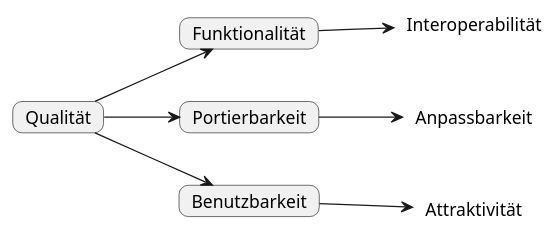
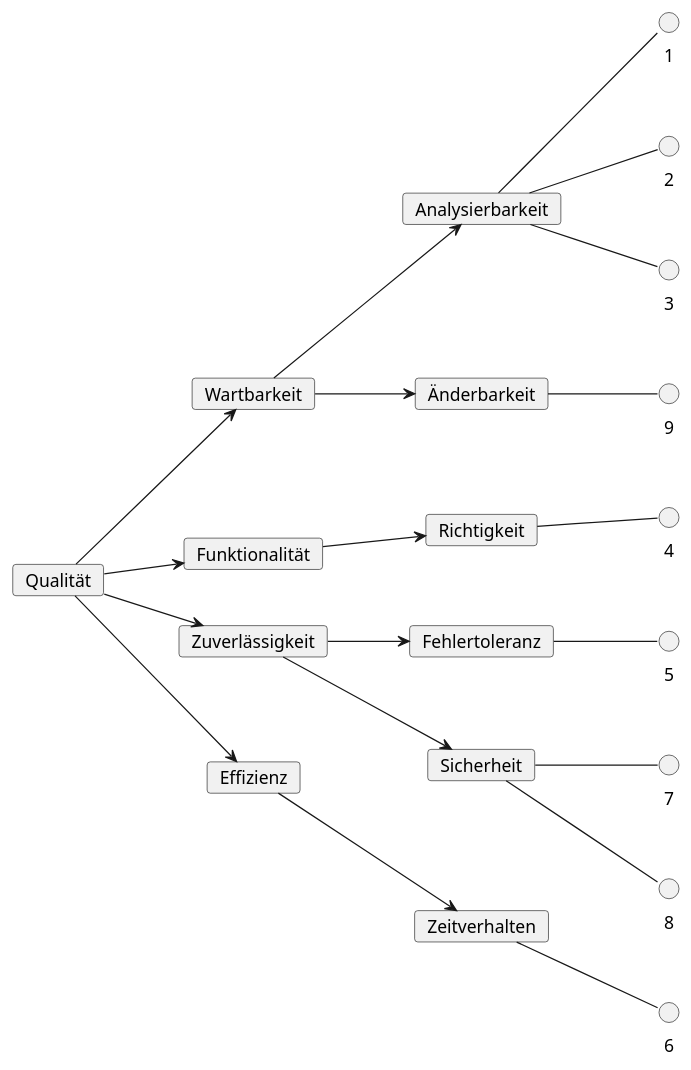
The diagram in src/plantUML/qualitytree.puml (rocko/ost_sisidm_2021_apollo), drawn with PlantUML before and after one commit. The commit also changed other lines of this file and 2 other files, not shown here.

```diff
--- a/src/plantUML/qualitytree.puml
+++ b/src/plantUML/qualitytree.puml
@@ -1,22 +1,41 @@
 @startuml
 left to right direction
-skinparam roundCorner 15
-card Qualität as q
-card Funktionalität as f
-'card Zuverlässigkeit as z
-card Portierbarkeit as p
-card Benutzbarkeit as b
 
-q --> f
-'q --> z
-q --> p
-q --> b
+card Qualität
 
-label Interoperabilität as I
-label Attraktivität as A
-label Anpassbarkeit as AN
-f --> I
-b --> A
-p --> AN
+card Wartbarkeit
+card Analysierbarkeit
+card Änderbarkeit
 
+card Funktionalität
+card Richtigkeit
+
+card Zuverlässigkeit
+card Fehlertoleranz
+card Sicherheit
+
+card Effizienz
+card Zeitverhalten
+
+Qualität --> Wartbarkeit
+Qualität --> Funktionalität
+Qualität --> Zuverlässigkeit
+Qualität --> Effizienz
+
+Wartbarkeit --> Analysierbarkeit
+Wartbarkeit --> Änderbarkeit
+Funktionalität --> Richtigkeit
+Zuverlässigkeit --> Fehlertoleranz
+Zuverlässigkeit --> Sicherheit
+Effizienz --> Zeitverhalten
+
+Analysierbarkeit -- 1
+Analysierbarkeit -- 2
+Analysierbarkeit -- 3
+Änderbarkeit -- 9
+Richtigkeit -- 4
+Fehlertoleranz -- 5
+Sicherheit -- 7
+Sicherheit -- 8
+Zeitverhalten -- 6
 @enduml
```
